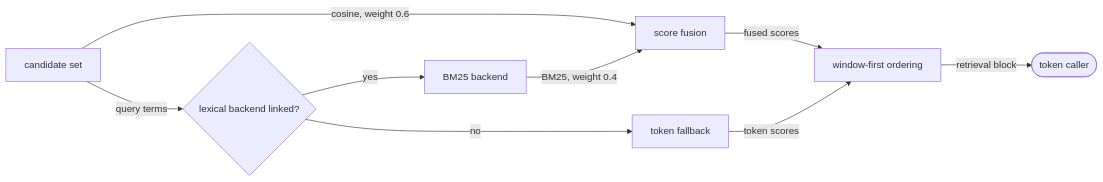
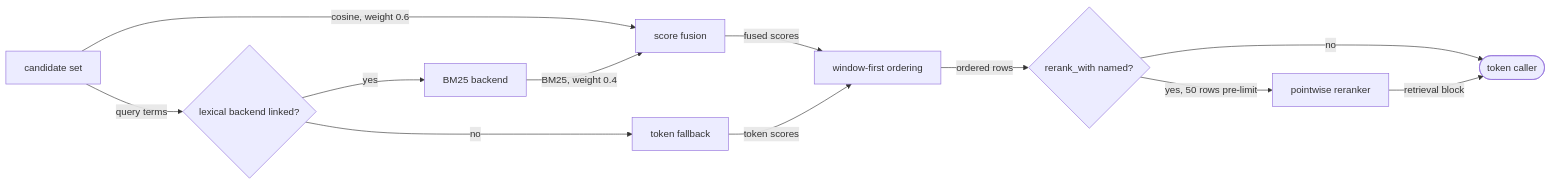
Before and after one commit to fractalboxdev/contextful: the fourth of 5 diagrams in spec/20-read.md, drawn with Mermaid. The commit also changed other lines of this file and 5 other files, not shown here.

````diff
--- a/spec/20-read.md
+++ b/spec/20-read.md
@@ -382,11 +400,14 @@
 ```mermaid
 flowchart LR
   C["candidate set"] -->|"cosine, weight 0.6"| FU["score fusion"]
   C -->|"query terms"| L{"lexical backend linked?"}
   L -->|"yes"| B["BM25 backend"]
   L -->|"no"| TF["token fallback"]
   B -->|"BM25, weight 0.4"| FU
   FU -->|"fused scores"| ORD["window-first ordering"]
   TF -->|"token scores"| ORD
-  ORD -->|"retrieval block"| OUT(["token caller"])
+  ORD -->|"ordered rows"| RR{"rerank_with named?"}
+  RR -->|"no"| OUT(["token caller"])
+  RR -->|"yes, 50 rows pre-limit"| RER["pointwise reranker"]
+  RER -->|"retrieval block"| OUT
 ```
````
